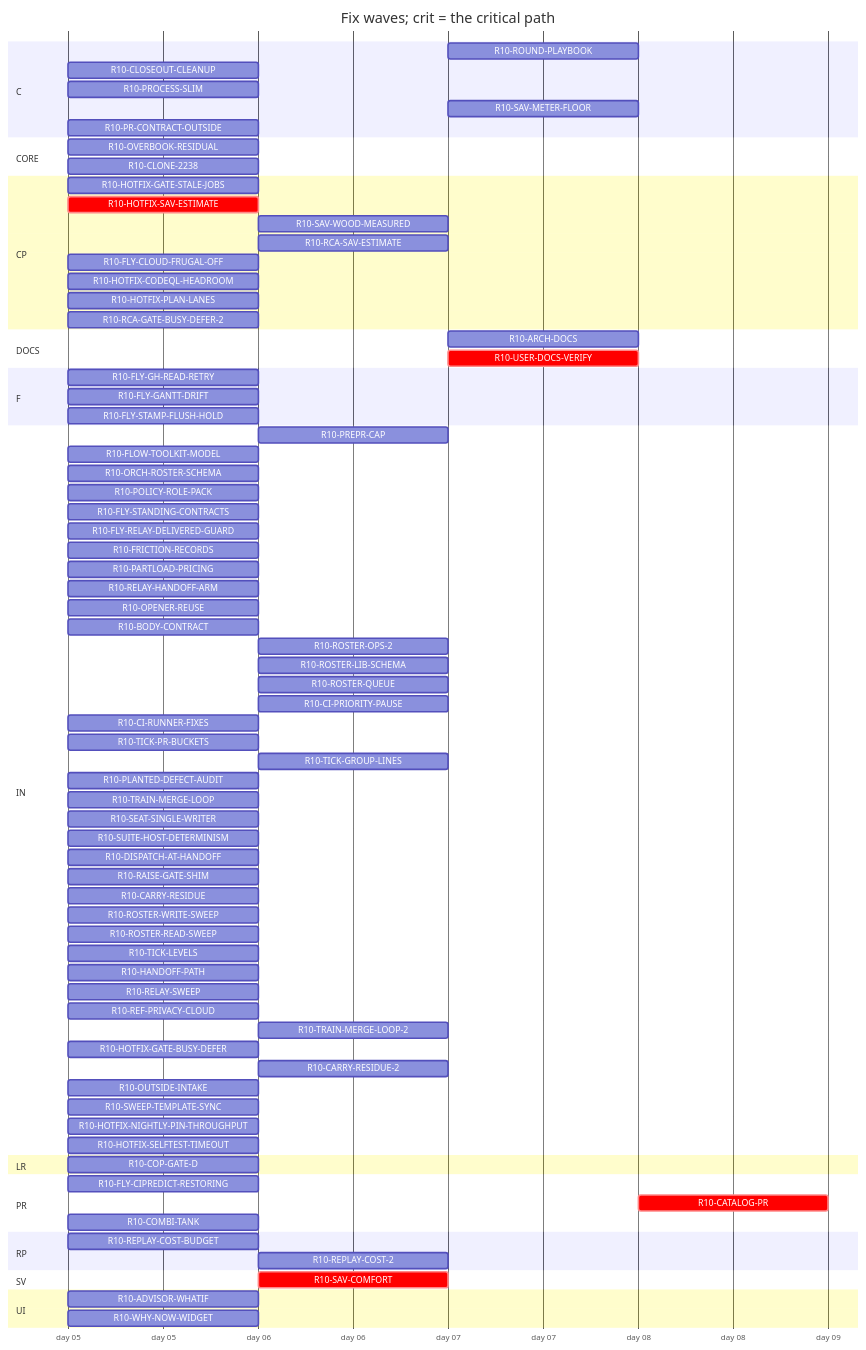
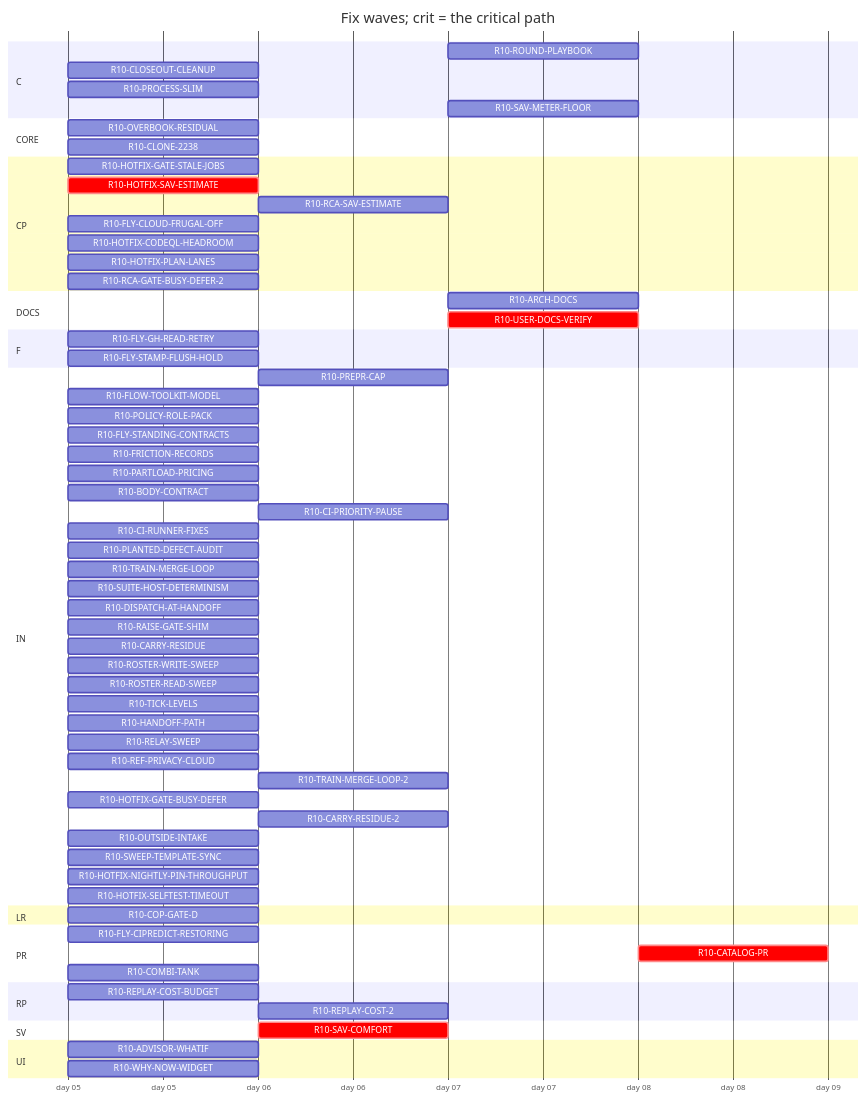
One commit to tvofi/heatpump_optimizer changed the diagram in handoff/round10/state/PLAN-TABLE.md. Above: the diagram before and after it, drawn with Mermaid. The commit also changed other lines of this file and 3 other files, not shown here.

Commit message:
state: FLOW-BOARD.md, NEXT-SESSION-PROMPT.md, PLAN-TABLE.md, RESUME-CURRENT.md regenerated (state_docs.py)

```diff
--- a/handoff/round10/state/PLAN-TABLE.md
+++ b/handoff/round10/state/PLAN-TABLE.md
@@ -31,14 +31,12 @@
     R10-CLOSEOUT-CLEANUP :r10CLOSEOUTCLEANUP, 2026-01-05, 1d
     R10-PROCESS-SLIM :r10PROCESSSLIM, 2026-01-05, 1d
     R10-SAV-METER-FLOOR :r10SAVMETERFLOOR, after r10HOTFIXSAVESTIMATE r10SAVCOMFORT, 1d
-    R10-PR-CONTRACT-OUTSIDE :r10PRCONTRACTOUTSIDE, 2026-01-05, 1d
   section CORE
     R10-OVERBOOK-RESIDUAL :r10OVERBOOKRESIDUAL, 2026-01-05, 1d
     R10-CLONE-2238 :r10CLONE2238, 2026-01-05, 1d
   section CP
     R10-HOTFIX-GATE-STALE-JOBS :r10HOTFIXGATESTALEJOBS, 2026-01-05, 1d
     R10-HOTFIX-SAV-ESTIMATE :crit, r10HOTFIXSAVESTIMATE, 2026-01-05, 1d
-    R10-SAV-WOOD-MEASURED :r10SAVWOODMEASURED, after r10HOTFIXSAVESTIMATE, 1d
     R10-RCA-SAV-ESTIMATE :r10RCASAVESTIMATE, after r10HOTFIXSAVESTIMATE, 1d
     R10-FLY-CLOUD-FRUGAL-OFF :r10FLYCLOUDFRUGALOFF, 2026-01-05, 1d
     R10-HOTFIX-CODEQL-HEADROOM :r10HOTFIXCODEQLHEADROOM, 2026-01-05, 1d
@@ -49,30 +47,19 @@
     R10-USER-DOCS-VERIFY :crit, r10USERDOCSVERIFY, after r10CARRYRESIDUE r10OVERBOOKRESIDUAL r10CLONE2238 r10SAVCOMFORT r10COPGATED r10WHYNOWWIDGET r10PARTLOADPRICING r10ADVISORWHATIF r10REPLAYCOSTBUDGET, 1d
   section F
     R10-FLY-GH-READ-RETRY :r10FLYGHREADRETRY, 2026-01-05, 1d
-    R10-FLY-GANTT-DRIFT :r10FLYGANTTDRIFT, 2026-01-05, 1d
     R10-FLY-STAMP-FLUSH-HOLD :r10FLYSTAMPFLUSHHOLD, 2026-01-05, 1d
   section IN
     R10-PREPR-CAP :r10PREPRCAP, after r10PROCESSSLIM, 1d
     R10-FLOW-TOOLKIT-MODEL :r10FLOWTOOLKITMODEL, 2026-01-05, 1d
-    R10-ORCH-ROSTER-SCHEMA :r10ORCHROSTERSCHEMA, 2026-01-05, 1d
     R10-POLICY-ROLE-PACK :r10POLICYROLEPACK, 2026-01-05, 1d
     R10-FLY-STANDING-CONTRACTS :r10FLYSTANDINGCONTRACTS, 2026-01-05, 1d
-    R10-FLY-RELAY-DELIVERED-GUARD :r10FLYRELAYDELIVEREDGUARD, 2026-01-05, 1d
     R10-FRICTION-RECORDS :r10FRICTIONRECORDS, 2026-01-05, 1d
     R10-PARTLOAD-PRICING :r10PARTLOADPRICING, 2026-01-05, 1d
-    R10-RELAY-HANDOFF-ARM :r10RELAYHANDOFFARM, 2026-01-05, 1d
-    R10-OPENER-REUSE :r10OPENERREUSE, 2026-01-05, 1d
     R10-BODY-CONTRACT :r10BODYCONTRACT, 2026-01-05, 1d
-    R10-ROSTER-OPS-2 :r10ROSTEROPS2, after r10ORCHROSTERSCHEMA, 1d
-    R10-ROSTER-LIB-SCHEMA :r10ROSTERLIBSCHEMA, after r10ORCHROSTERSCHEMA, 1d
-    R10-ROSTER-QUEUE :r10ROSTERQUEUE, after r10ORCHROSTERSCHEMA, 1d
     R10-CI-PRIORITY-PAUSE :r10CIPRIORITYPAUSE, after r10TICKLEVELS, 1d
     R10-CI-RUNNER-FIXES :r10CIRUNNERFIXES, 2026-01-05, 1d
-    R10-TICK-PR-BUCKETS :r10TICKPRBUCKETS, 2026-01-05, 1d
-    R10-TICK-GROUP-LINES :r10TICKGROUPLINES, after r10ORCHROSTERSCHEMA, 1d
     R10-PLANTED-DEFECT-AUDIT :r10PLANTEDDEFECTAUDIT, 2026-01-05, 1d
     R10-TRAIN-MERGE-LOOP :r10TRAINMERGELOOP, 2026-01-05, 1d
-    R10-SEAT-SINGLE-WRITER :r10SEATSINGLEWRITER, 2026-01-05, 1d
     R10-SUITE-HOST-DETERMINISM :r10SUITEHOSTDETERMINISM, 2026-01-05, 1d
     R10-DISPATCH-AT-HANDOFF :r10DISPATCHATHANDOFF, 2026-01-05, 1d
     R10-RAISE-GATE-SHIM :r10RAISEGATESHIM, 2026-01-05, 1d
```
